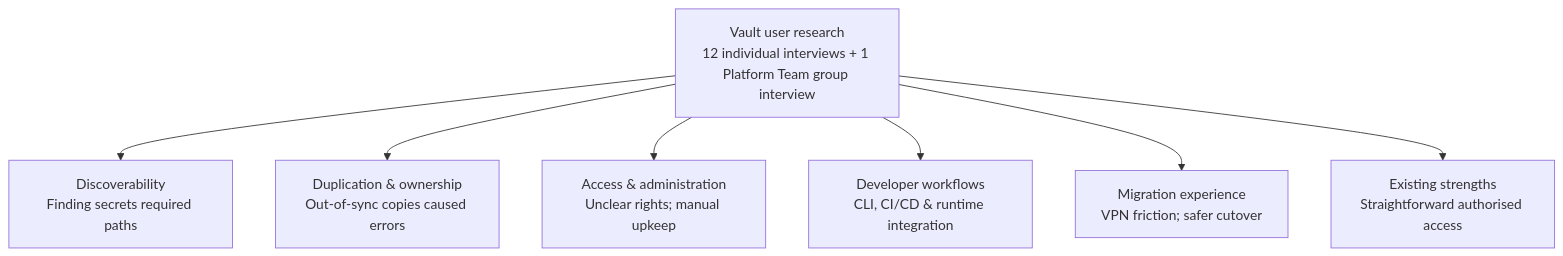
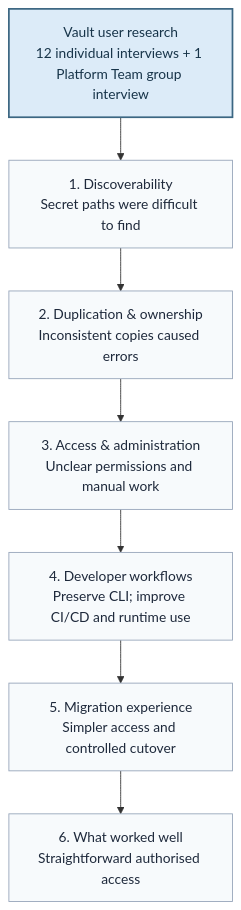
The diagram in 02-vault-to-aws-sm-migration/discovery/diagrams/research-themes.mmd (Jenbn/technical-ba-platform-portfolio), drawn with Mermaid before and after one commit. The commit also changed 1 other file, not shown here.

```diff
--- a/02-vault-to-aws-sm-migration/discovery/diagrams/research-themes.mmd
+++ b/02-vault-to-aws-sm-migration/discovery/diagrams/research-themes.mmd
@@ -1,8 +1,15 @@
-flowchart TD
+flowchart TB
     A["Vault user research<br/>12 individual interviews + 1 Platform Team group interview"]
-    A --> B["Discoverability<br/>Finding secrets required paths"]
-    A --> C["Duplication & ownership<br/>Out-of-sync copies caused errors"]
-    A --> D["Access & administration<br/>Unclear rights; manual upkeep"]
-    A --> E["Developer workflows<br/>CLI, CI/CD & runtime integration"]
-    A --> F["Migration experience<br/>VPN friction; safer cutover"]
-    A --> G["Existing strengths<br/>Straightforward authorised access"]
+    B["1. Discoverability<br/>Secret paths were difficult to find"]
+    C["2. Duplication & ownership<br/>Inconsistent copies caused errors"]
+    D["3. Access & administration<br/>Unclear permissions and manual work"]
+    E["4. Developer workflows<br/>Preserve CLI; improve CI/CD and runtime use"]
+    F["5. Migration experience<br/>Simpler access and controlled cutover"]
+    G["6. What worked well<br/>Straightforward authorised access"]
+
+    A --> B --> C --> D --> E --> F --> G
+
+    classDef heading fill:#dcebf8,stroke:#3b6682,color:#173449,stroke-width:2px
+    classDef finding fill:#f7fafc,stroke:#94a3b8,color:#1e293b,stroke-width:1px
+    class A heading
+    class B,C,D,E,F,G finding
```
